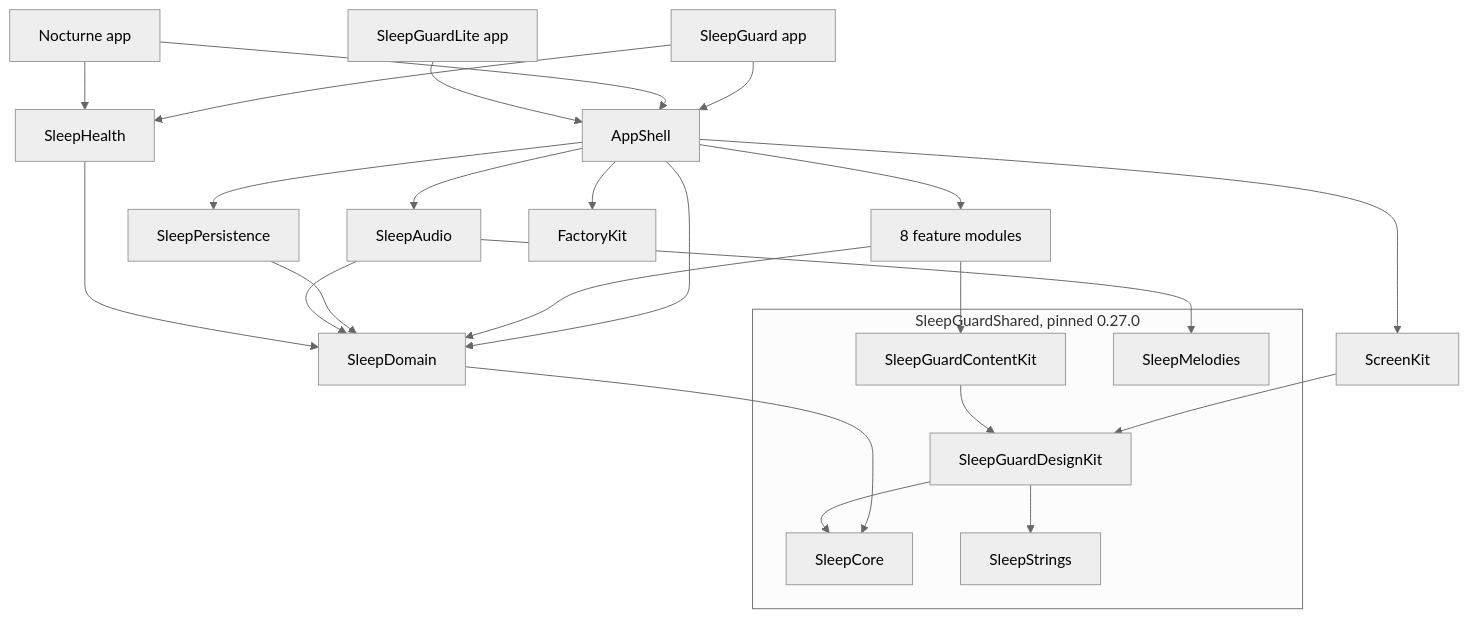
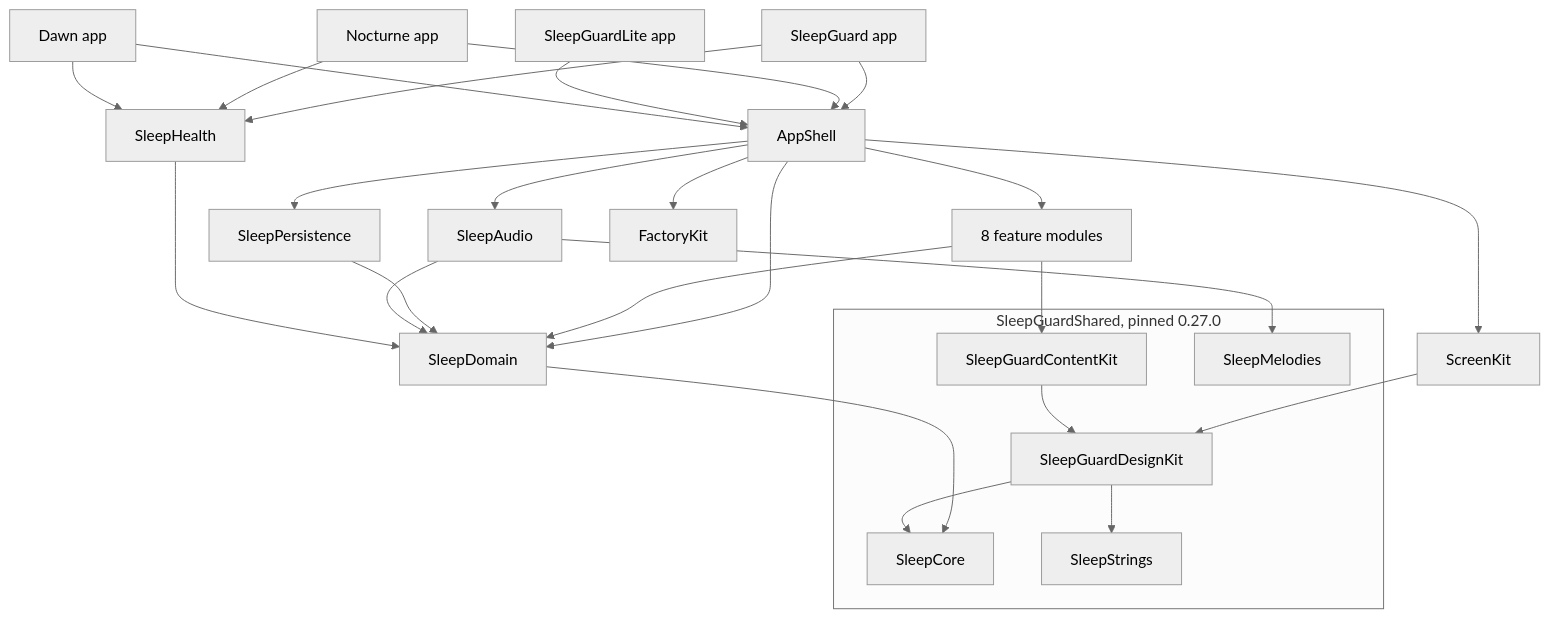
Before and after one commit to dardan0x/SleepGuardUIKitWay: the diagram in docs/ARCHITECTURE.md, drawn with Mermaid (neutral theme). The commit also changed other lines of this file and 17 other files, not shown here.

````diff
--- a/docs/ARCHITECTURE.md
+++ b/docs/ARCHITECTURE.md
@@ -19,35 +20,37 @@
 ```mermaid
 graph TD
   SG[SleepGuard app] --> AppShell
   NO[Nocturne app] --> AppShell
   LI[SleepGuardLite app] --> AppShell
+  DA[Dawn app] --> AppShell
   SG --> SleepHealth
   NO --> SleepHealth
+  DA --> SleepHealth
 
   AppShell --> Features[8 feature modules]
   AppShell --> ScreenKit
   AppShell --> SleepPersistence
   AppShell --> SleepAudio
   AppShell --> SleepDomain
   AppShell --> FactoryKit
 
   Features --> SleepDomain
   Features --> ContentKit[SleepGuardContentKit]
   SleepPersistence --> SleepDomain
   SleepAudio --> SleepDomain
   SleepAudio --> SleepMelodies
   SleepHealth --> SleepDomain
   ScreenKit --> DesignKit[SleepGuardDesignKit]
   SleepDomain --> SleepCore
   ContentKit --> DesignKit
   DesignKit --> SleepStrings
   DesignKit --> SleepCore
 
   subgraph Shared["SleepGuardShared, pinned 0.27.0"]
     SleepCore
     SleepStrings
     SleepMelodies
     DesignKit
     ContentKit
   end
 ```
````
